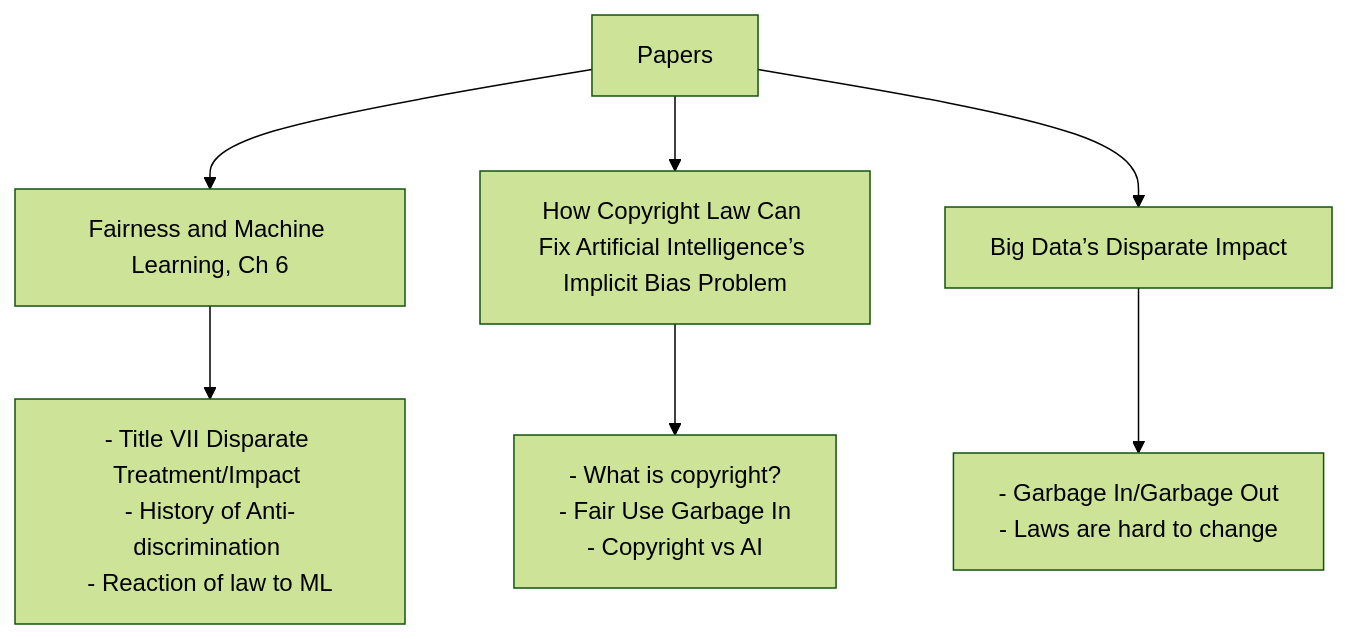
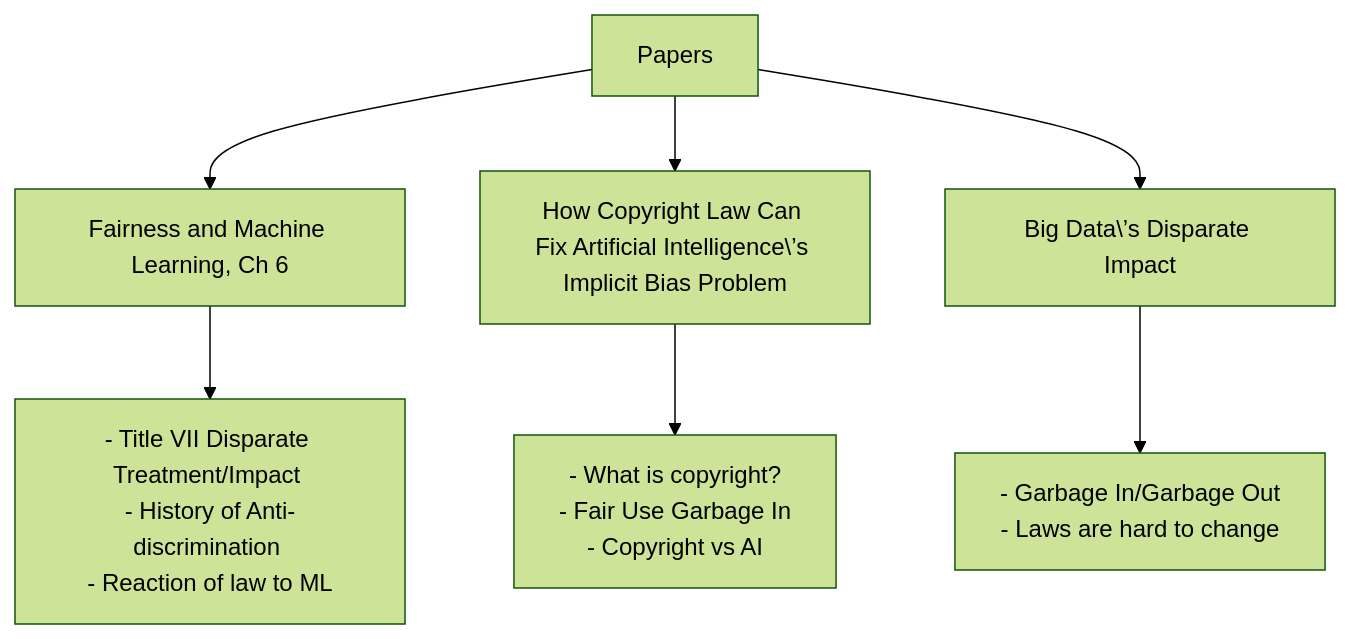
Before and after one commit to uva-responsibleai/fall-24: the diagram in fairness/feb-21.md, drawn with Mermaid (forest theme).

Commit message:
Moved fair use to background

````diff
--- a/fairness/feb-21.md
+++ b/fairness/feb-21.md
@@ -5,9 +5,9 @@
 ```mermaid
 flowchart TD;
     A[Papers] -->B[Fairness and Machine Learning, Ch 6];
-    A-->C[How Copyright Law Can Fix Artificial Intelligence’s Implicit Bias Problem];
-    A-->D[Big Data’s Disparate Impact];
+    A-->C[How Copyright Law Can Fix Artificial Intelligence\’s Implicit Bias Problem];
+    A-->D[Big Data\’s Disparate Impact];
     B-->E[- Title VII Disparate Treatment/Impact <br>- History of Anti-discrimination <br>- Reaction of law to ML];
     C-->F[- What is copyright? <br>- Fair Use Garbage In<br>- Copyright vs AI];
     D-->G[- Garbage In/Garbage Out<br>- Laws are hard to change];
 ```
````
